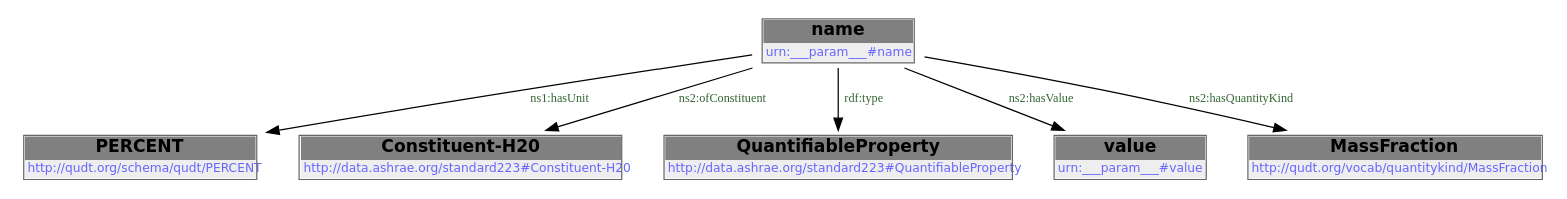
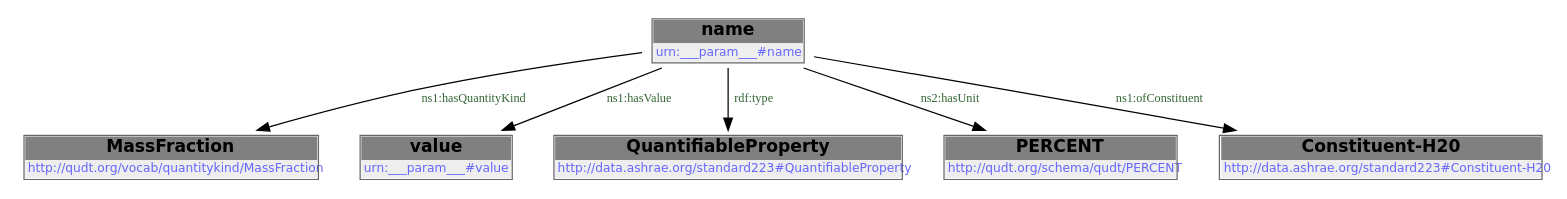
Before and after one commit to DataDrivenCPS/water-ontology: the second of 2 diagrams in docs/libraries/templates/constituent-water.rst, drawn with Graphviz. The commit also changed other lines of this file and 33 other files, not shown here.

```diff
--- a/docs/libraries/templates/constituent-water.rst
+++ b/docs/libraries/templates/constituent-water.rst
@@ -84,16 +84,16 @@
         .. graphviz::
 
                 digraph G {
             node [fontname="DejaVu Sans"];
-            node0 -> node1 [color=BLACK, label=< <font point-size='10' color='#336633'>ns1:hasUnit</font> >];
-            node0 -> node2 [color=BLACK, label=< <font point-size='10' color='#336633'>ns2:ofConstituent</font> >];
+            node0 -> node1 [color=BLACK, label=< <font point-size='10' color='#336633'>ns1:hasQuantityKind</font> >];
+            node0 -> node2 [color=BLACK, label=< <font point-size='10' color='#336633'>ns1:hasValue</font> >];
             node0 -> node3 [color=BLACK, label=< <font point-size='10' color='#336633'>rdf:type</font> >];
-            node0 -> node4 [color=BLACK, label=< <font point-size='10' color='#336633'>ns2:hasValue</font> >];
-            node0 -> node5 [color=BLACK, label=< <font point-size='10' color='#336633'>ns2:hasQuantityKind</font> >];
+            node0 -> node4 [color=BLACK, label=< <font point-size='10' color='#336633'>ns2:hasUnit</font> >];
+            node0 -> node5 [color=BLACK, label=< <font point-size='10' color='#336633'>ns1:ofConstituent</font> >];
             node0 [shape=none, color=black, label=< <table color='#666666' cellborder='0' cellspacing='0' border='1'><tr><td colspan='2' bgcolor='grey'><B>name</B></td></tr><tr><td href='urn:___param___#name' bgcolor='#eeeeee' colspan='2'><font point-size='10' color='#6666ff'>urn:___param___#name</font></td></tr></table> >];
-            node1 [shape=none, color=black, label=< <table color='#666666' cellborder='0' cellspacing='0' border='1'><tr><td colspan='2' bgcolor='grey'><B>PERCENT</B></td></tr><tr><td href='http://qudt.org/schema/qudt/PERCENT' bgcolor='#eeeeee' colspan='2'><font point-size='10' color='#6666ff'>http://qudt.org/schema/qudt/PERCENT</font></td></tr></table> >];
-            node2 [shape=none, color=black, label=< <table color='#666666' cellborder='0' cellspacing='0' border='1'><tr><td colspan='2' bgcolor='grey'><B>Constituent-H20</B></td></tr><tr><td href='http://data.ashrae.org/standard223#Constituent-H20' bgcolor='#eeeeee' colspan='2'><font point-size='10' color='#6666ff'>http://data.ashrae.org/standard223#Constituent-H20</font></td></tr></table> >];
+            node1 [shape=none, color=black, label=< <table color='#666666' cellborder='0' cellspacing='0' border='1'><tr><td colspan='2' bgcolor='grey'><B>MassFraction</B></td></tr><tr><td href='http://qudt.org/vocab/quantitykind/MassFraction' bgcolor='#eeeeee' colspan='2'><font point-size='10' color='#6666ff'>http://qudt.org/vocab/quantitykind/MassFraction</font></td></tr></table> >];
+            node2 [shape=none, color=black, label=< <table color='#666666' cellborder='0' cellspacing='0' border='1'><tr><td colspan='2' bgcolor='grey'><B>value</B></td></tr><tr><td href='urn:___param___#value' bgcolor='#eeeeee' colspan='2'><font point-size='10' color='#6666ff'>urn:___param___#value</font></td></tr></table> >];
             node3 [shape=none, color=black, label=< <table color='#666666' cellborder='0' cellspacing='0' border='1'><tr><td colspan='2' bgcolor='grey'><B>QuantifiableProperty</B></td></tr><tr><td href='http://data.ashrae.org/standard223#QuantifiableProperty' bgcolor='#eeeeee' colspan='2'><font point-size='10' color='#6666ff'>http://data.ashrae.org/standard223#QuantifiableProperty</font></td></tr></table> >];
-            node4 [shape=none, color=black, label=< <table color='#666666' cellborder='0' cellspacing='0' border='1'><tr><td colspan='2' bgcolor='grey'><B>value</B></td></tr><tr><td href='urn:___param___#value' bgcolor='#eeeeee' colspan='2'><font point-size='10' color='#6666ff'>urn:___param___#value</font></td></tr></table> >];
-            node5 [shape=none, color=black, label=< <table color='#666666' cellborder='0' cellspacing='0' border='1'><tr><td colspan='2' bgcolor='grey'><B>MassFraction</B></td></tr><tr><td href='http://qudt.org/vocab/quantitykind/MassFraction' bgcolor='#eeeeee' colspan='2'><font point-size='10' color='#6666ff'>http://qudt.org/vocab/quantitykind/MassFraction</font></td></tr></table> >];
+            node4 [shape=none, color=black, label=< <table color='#666666' cellborder='0' cellspacing='0' border='1'><tr><td colspan='2' bgcolor='grey'><B>PERCENT</B></td></tr><tr><td href='http://qudt.org/schema/qudt/PERCENT' bgcolor='#eeeeee' colspan='2'><font point-size='10' color='#6666ff'>http://qudt.org/schema/qudt/PERCENT</font></td></tr></table> >];
+            node5 [shape=none, color=black, label=< <table color='#666666' cellborder='0' cellspacing='0' border='1'><tr><td colspan='2' bgcolor='grey'><B>Constituent-H20</B></td></tr><tr><td href='http://data.ashrae.org/standard223#Constituent-H20' bgcolor='#eeeeee' colspan='2'><font point-size='10' color='#6666ff'>http://data.ashrae.org/standard223#Constituent-H20</font></td></tr></table> >];
             }
```
